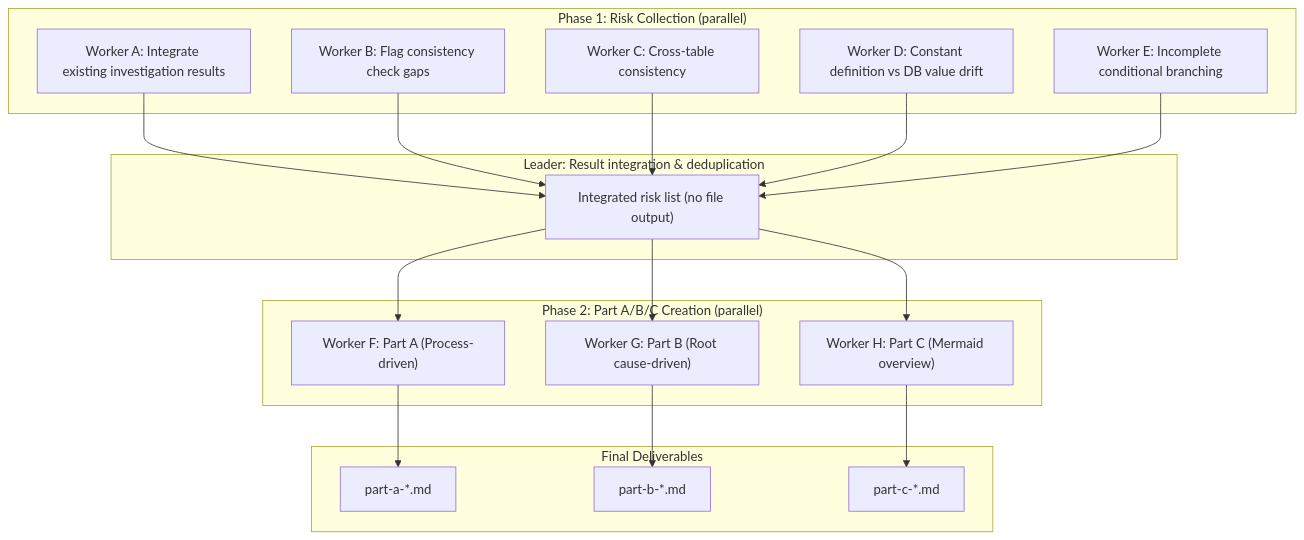
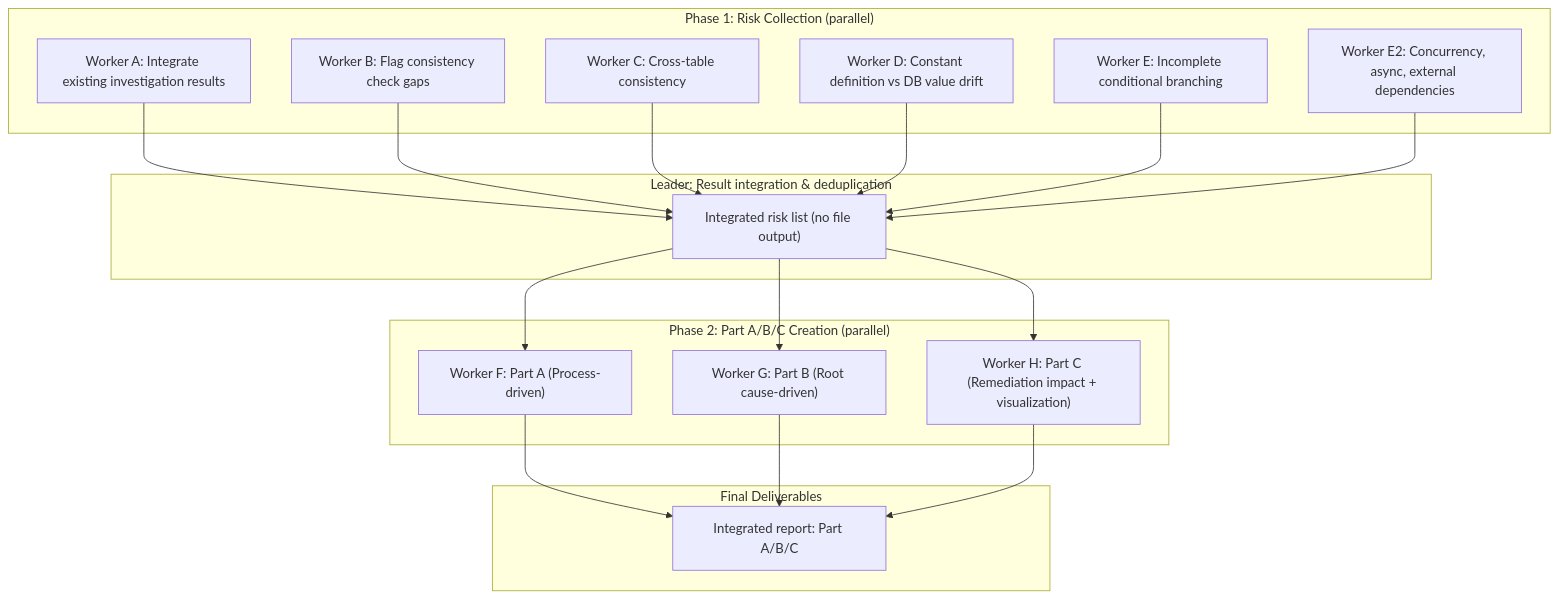
Before and after one commit to t-hasuike/CLysis: the diagram in legacy-analysis/skills/current-distortion/SKILL.md, drawn with Mermaid. The commit also changed other lines of this file and 3 other files, not shown here.

First line of the commit message:
feat: Enhance skill content (distortion A-F, impact dual-axis, review flow, legacy phases)

````diff
--- a/legacy-analysis/skills/current-distortion/SKILL.md
+++ b/legacy-analysis/skills/current-distortion/SKILL.md
@@ -63,40 +80,40 @@
 ```mermaid
 graph TD
     subgraph Phase1["Phase 1: Risk Collection (parallel)"]
         A1["Worker A: Integrate existing investigation results"]
         A2["Worker B: Flag consistency check gaps"]
         A3["Worker C: Cross-table consistency"]
         A4["Worker D: Constant definition vs DB value drift"]
         A5["Worker E: Incomplete conditional branching"]
+        A6["Worker E2: Concurrency, async, external dependencies"]
     end
 
     subgraph Merge["Leader: Result integration & deduplication"]
         M1["Integrated risk list (no file output)"]
     end
 
     subgraph Phase2["Phase 2: Part A/B/C Creation (parallel)"]
         B1["Worker F: Part A (Process-driven)"]
         B2["Worker G: Part B (Root cause-driven)"]
-        B3["Worker H: Part C (Mermaid overview)"]
+        B3["Worker H: Part C (Remediation impact + visualization)"]
     end
 
     subgraph Output["Final Deliverables"]
-        O1["part-a-*.md"]
-        O2["part-b-*.md"]
-        O3["part-c-*.md"]
+        O1["Integrated report: Part A/B/C"]
     end
 
     A1 --> M1
     A2 --> M1
     A3 --> M1
     A4 --> M1
     A5 --> M1
+    A6 --> M1
 
     M1 --> B1
     M1 --> B2
     M1 --> B3
 
     B1 --> O1
-    B2 --> O2
-    B3 --> O3
+    B2 --> O1
+    B3 --> O1
 ```
````
